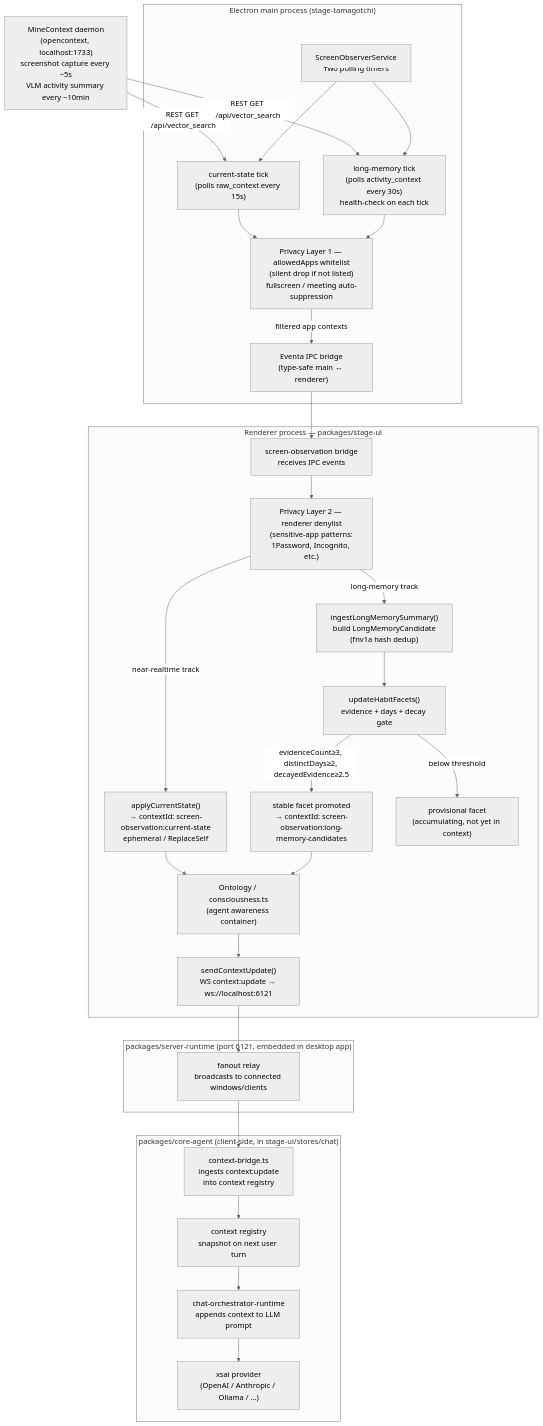
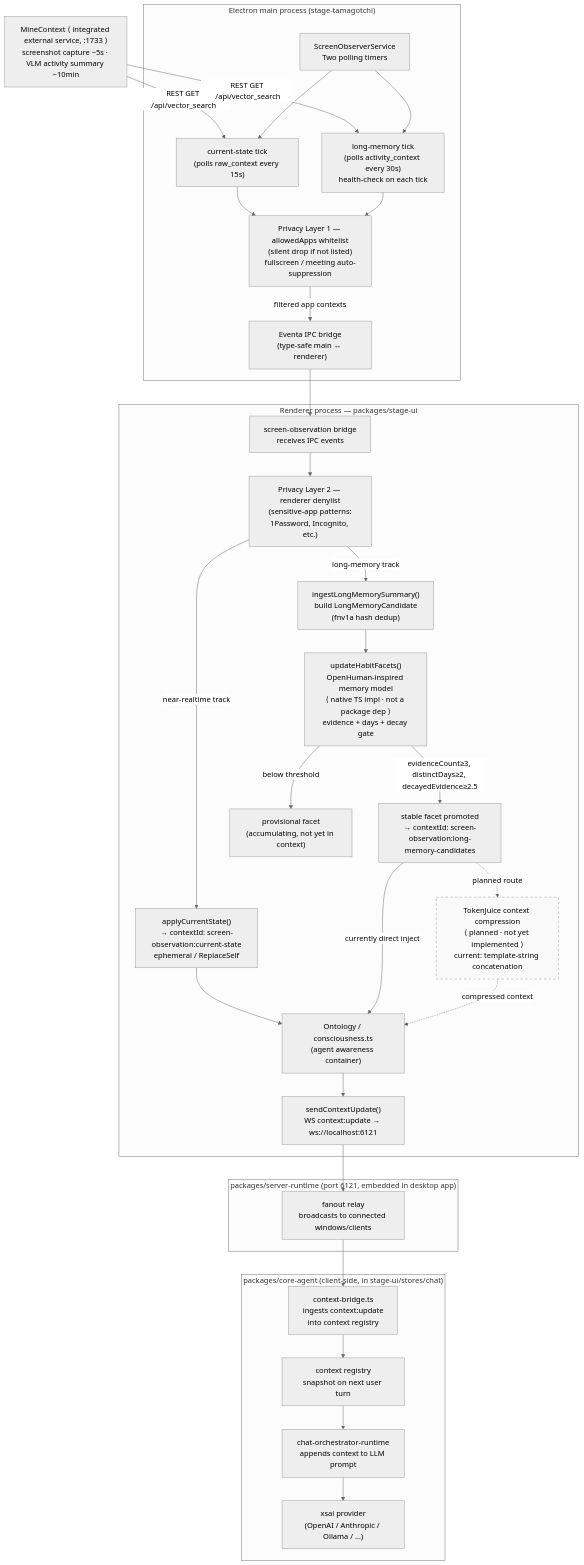
The first of 3 diagrams in README.md (Fire-friend/airi), drawn with Mermaid (neutral theme) before and after one commit.

Commit message:
docs(readme): clarify MineContext integration, OpenHuman-inspired model, TokenJuice as planned

````diff
--- a/README.md
+++ b/README.md
@@ -257,58 +257,63 @@
 ```mermaid
 flowchart TD
-    MC["MineContext daemon\n(opencontext, localhost:1733)\nscreenshot capture every ~5s\nVLM activity summary every ~10min"]
+    MC["MineContext ⟨ integrated external service, :1733 ⟩\nscreenshot capture ~5s · VLM activity summary ~10min"]
 
     subgraph MAIN["Electron main process (stage-tamagotchi)"]
         SO["ScreenObserverService\nTwo polling timers"]
         CS["current-state tick\n(polls raw_context every 15s)"]
         LM["long-memory tick\n(polls activity_context every 30s)\nhealth-check on each tick"]
         WL["Privacy Layer 1 — allowedApps whitelist\n(silent drop if not listed)\nfullscreen / meeting auto-suppression"]
         IPC["Eventa IPC bridge\n(type-safe main ↔ renderer)"]
     end
 
     subgraph RENDERER["Renderer process — packages/stage-ui"]
         BR["screen-observation bridge\nreceives IPC events"]
         DL["Privacy Layer 2 — renderer denylist\n(sensitive-app patterns:\n1Password, Incognito, etc.)"]
         CU["applyCurrentState()\n→ contextId: screen-observation:current-state\nephemeral / ReplaceSelf"]
         LMI["ingestLongMemorySummary()\nbuild LongMemoryCandidate\n(fnv1a hash dedup)"]
-        FH["updateHabitFacets()\nevidence + days + decay gate"]
+        FH["updateHabitFacets()\nOpenHuman-inspired memory model\n⟨ native TS impl · not a package dep ⟩\nevidence + days + decay gate"]
         SF["stable facet promoted\n→ contextId: screen-observation:long-memory-candidates"]
         PF["provisional facet\n(accumulating, not yet in context)"]
+        TJ["TokenJuice context compression\n⟨ planned · not yet implemented ⟩\ncurrent: template-string concatenation"]
         ONT["Ontology / consciousness.ts\n(agent awareness container)"]
         CH["sendContextUpdate()\nWS context:update → ws://localhost:6121"]
     end
 
     subgraph RELAY["packages/server-runtime (port 6121, embedded in desktop app)"]
         SR["fanout relay\nbroadcasts to connected windows/clients"]
     end
 
     subgraph AGENT["packages/core-agent (client-side, in stage-ui/stores/chat)"]
         CB["context-bridge.ts\ningests context:update\ninto context registry"]
         CR["context registry\nsnapshot on next user turn"]
         ORCH["chat-orchestrator-runtime\nappends context to LLM prompt"]
         PROV["xsai provider\n(OpenAI / Anthropic / Ollama / …)"]
     end
 
     MC -->|REST GET /api/vector_search| CS
     MC -->|REST GET /api/vector_search| LM
     SO --> CS
     SO --> LM
     CS --> WL
     LM --> WL
     WL -->|filtered app contexts| IPC
     IPC --> BR
     BR --> DL
     DL -->|near-realtime track| CU
     DL -->|long-memory track| LMI
     LMI --> FH
     FH -->|evidenceCount≥3, distinctDays≥2, decayedEvidence≥2.5| SF
     FH -->|below threshold| PF
     CU --> ONT
-    SF --> ONT
+    SF -->|currently direct inject| ONT
+    SF -.->|planned route| TJ
+    TJ -.->|compressed context| ONT
     ONT --> CH
     CH --> SR
     SR --> CB
     CB --> CR
     CR --> ORCH
     ORCH --> PROV
+
+    style TJ stroke-dasharray: 5 5,fill:#f9f9f9
 ```
````
